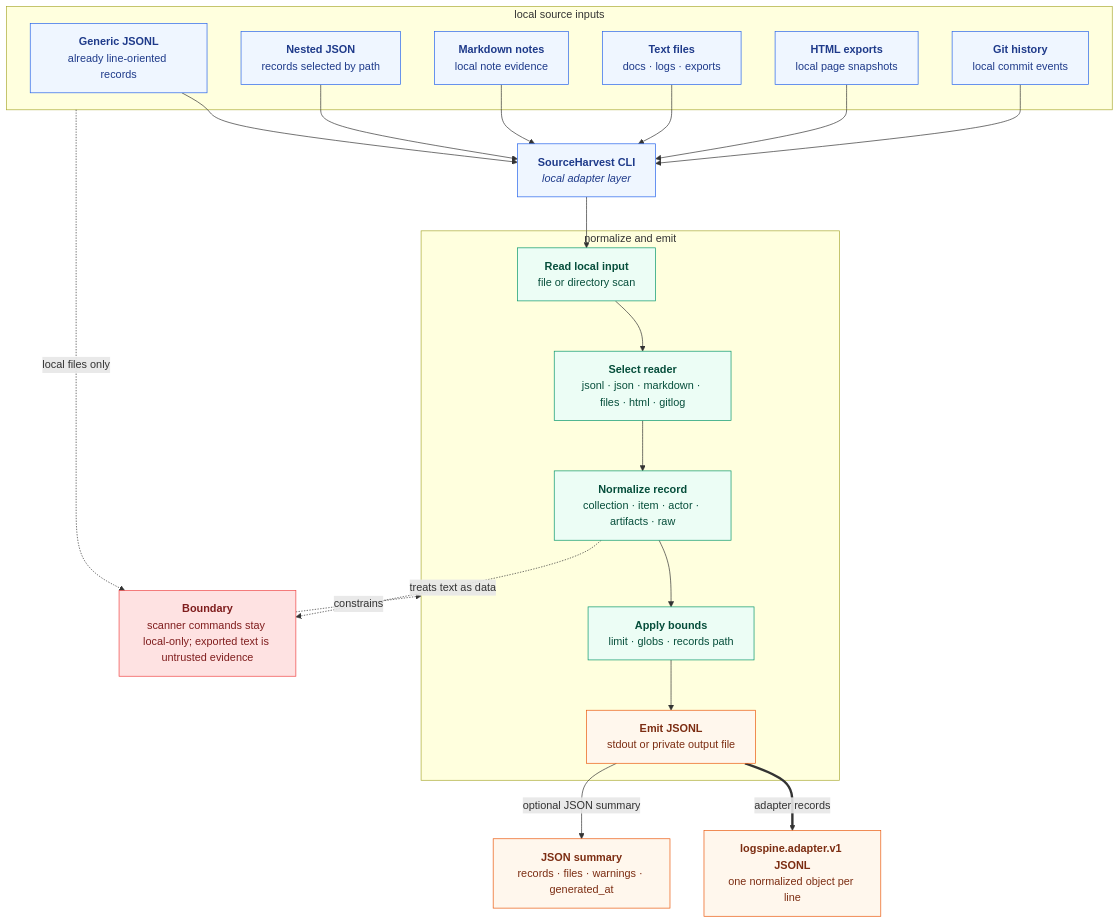
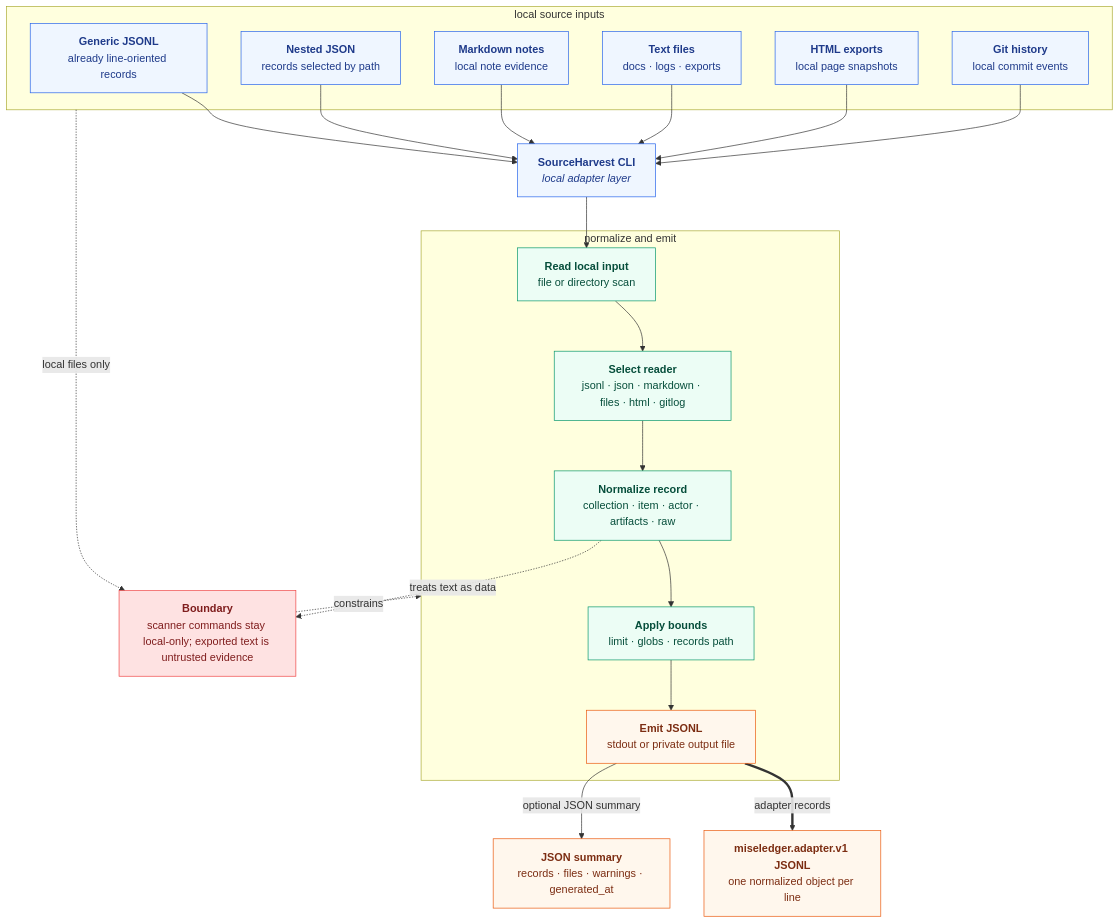
One commit to escoffier-labs/sourceharvest changed the first of 2 diagrams in README.md. Above: the diagram before and after it, drawn with Mermaid. The commit also changed other lines of this file and 9 other files, not shown here.

Commit message:
chore: rename adapter target to miseledger

````diff
--- a/README.md
+++ b/README.md
@@ -15,44 +15,44 @@
 ```mermaid
 flowchart TB
     SOURCEHARVEST["<b>SourceHarvest CLI</b><br/><i>local adapter layer</i>"]
-    ADAPTER["<b>logspine.adapter.v1 JSONL</b><br/>one normalized object per line"]
+    ADAPTER["<b>miseledger.adapter.v1 JSONL</b><br/>one normalized object per line"]
 
     subgraph INPUTS [" local source inputs "]
         JSONL["<b>Generic JSONL</b><br/>already line-oriented records"]
         JSON["<b>Nested JSON</b><br/>records selected by path"]
         NOTES["<b>Markdown notes</b><br/>local note evidence"]
         FILES["<b>Text files</b><br/>docs · logs · exports"]
         HTML["<b>HTML exports</b><br/>local page snapshots"]
         GITLOG["<b>Git history</b><br/>local commit events"]
     end
 
     JSONL & JSON & NOTES & FILES & HTML & GITLOG --> SOURCEHARVEST
 
     subgraph PIPELINE [" normalize and emit "]
         READ["<b>Read local input</b><br/>file or directory scan"]
         SELECT["<b>Select reader</b><br/>jsonl · json · markdown · files · html · gitlog"]
         NORMALIZE["<b>Normalize record</b><br/>collection · item · actor · artifacts · raw"]
         FILTER["<b>Apply bounds</b><br/>limit · globs · records path"]
         EMIT["<b>Emit JSONL</b><br/>stdout or private output file"]
     end
 
     SOURCEHARVEST --> READ --> SELECT --> NORMALIZE --> FILTER --> EMIT
     EMIT == adapter records ==> ADAPTER
 
     SUMMARY["<b>JSON summary</b><br/>records · files · warnings · generated_at"]
     EMIT -->|optional JSON summary| SUMMARY
 
     BOUNDARY["<b>Boundary</b><br/>scanner commands stay local-only; exported text is untrusted evidence"]
     INPUTS -. local files only .-> BOUNDARY
     NORMALIZE -. treats text as data .-> BOUNDARY
     BOUNDARY -. constrains .-> PIPELINE
 
     classDef source fill:#eff6ff,stroke:#2563eb,color:#1e3a8a;
     classDef process fill:#ecfdf5,stroke:#059669,color:#064e3b;
     classDef output fill:#fff7ed,stroke:#ea580c,color:#7c2d12;
     classDef guard fill:#fee2e2,stroke:#ef4444,color:#7f1d1d;
     class SOURCEHARVEST,JSONL,JSON,NOTES,FILES,HTML,GITLOG source;
     class READ,SELECT,NORMALIZE,FILTER process;
     class EMIT,ADAPTER,SUMMARY output;
     class BOUNDARY guard;
 ```
````
